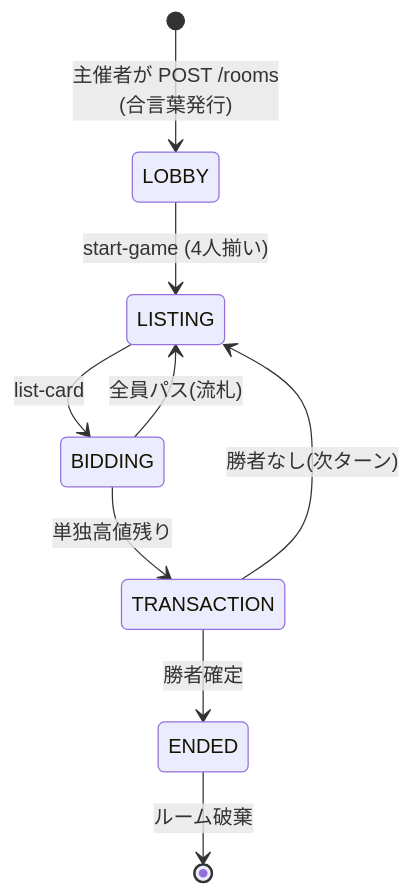
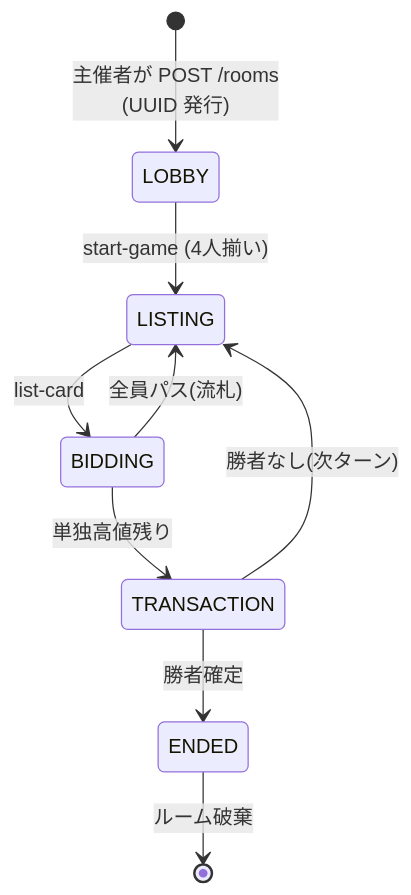
The diagram in docs/design/03_state_flow.md (calm1205/bluff-auction), drawn with Mermaid before and after one commit.

Commit message:
chore: auto-commit by Claude Code

````diff
--- a/docs/design/03_state_flow.md
+++ b/docs/design/03_state_flow.md
@@ -5,11 +5,11 @@
 ```mermaid
 stateDiagram-v2
-    [*] --> LOBBY: 主催者が POST /rooms<br/>(合言葉発行)
+    [*] --> LOBBY: 主催者が POST /rooms<br/>(UUID 発行)
     LOBBY --> LISTING: start-game (4人揃い)
     LISTING --> BIDDING: list-card
     BIDDING --> TRANSACTION: 単独高値残り
     BIDDING --> LISTING: 全員パス(流札)
     TRANSACTION --> LISTING: 勝者なし(次ターン)
     TRANSACTION --> ENDED: 勝者確定
     ENDED --> [*]: ルーム破棄
 ```
````
